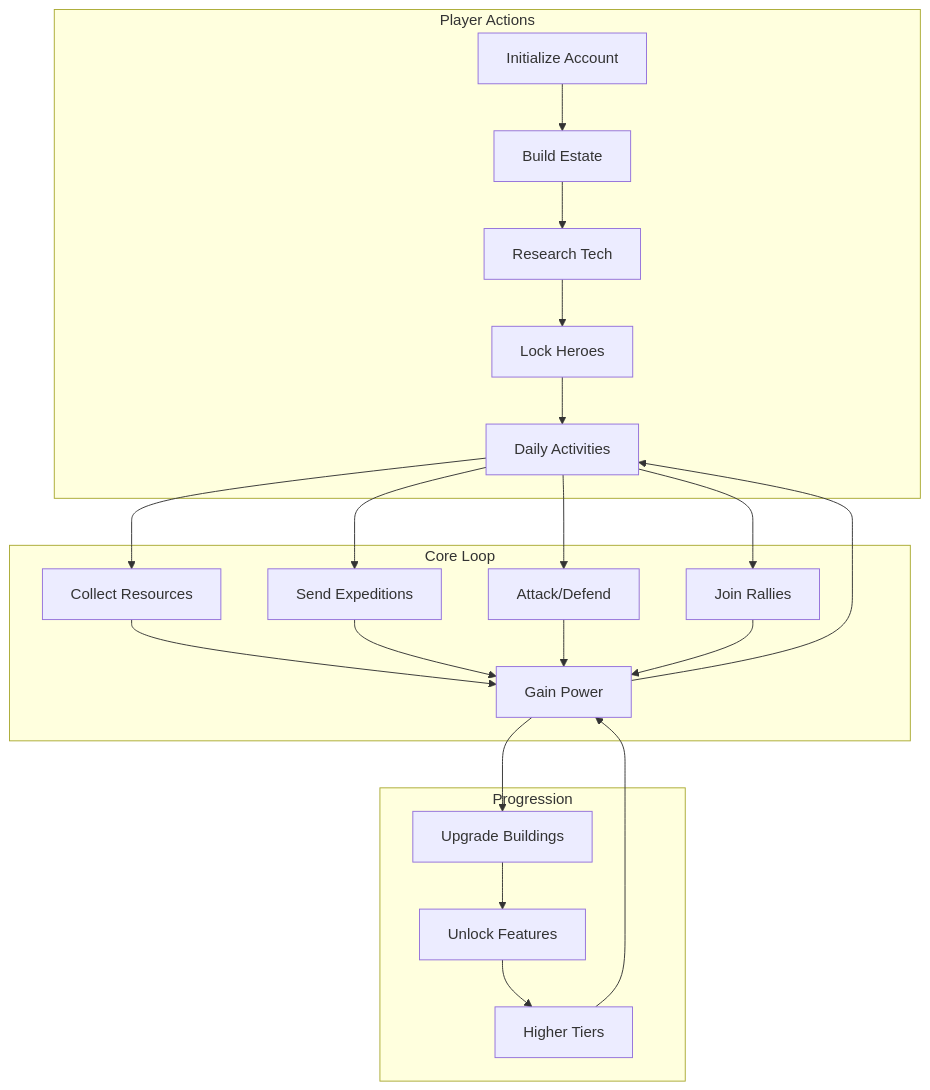
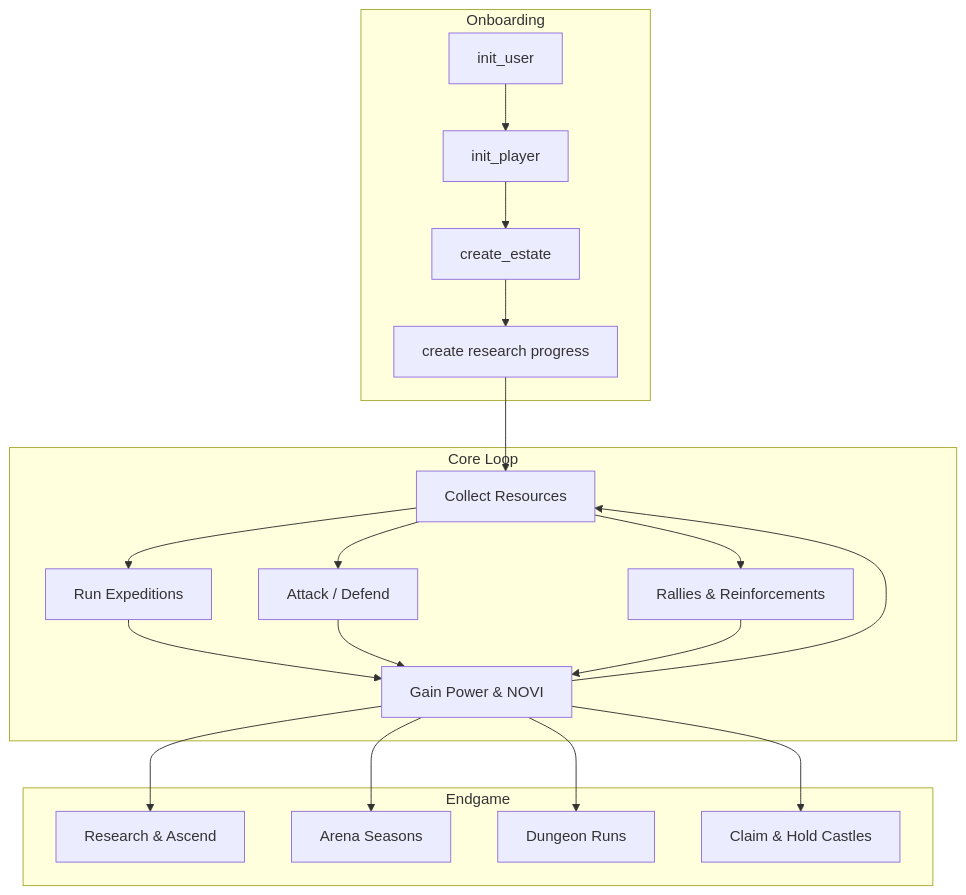
Before and after one commit to crypt0miester/novus-mundus: the first of 5 diagrams in docs/onchain/README.md, drawn with Mermaid. The commit also changed other lines of this file and 259 other files, not shown here.

Commit message:
Add player journey game plan: narrative arc, the Steward, estate redesign and Market unbundling

````diff
--- a/docs/onchain/README.md
+++ b/docs/onchain/README.md
@@ -9,25 +11,24 @@
 ```mermaid
 graph TB
-    subgraph "Player Actions"
-        A[Initialize Account] --> B[Build Estate]
-        B --> C[Research Tech]
-        C --> D[Lock Heroes]
-        D --> E[Daily Activities]
+    subgraph "Onboarding"
+        A[init_user] --> B[init_player]
+        B --> C[create_estate]
+        C --> D[create research progress]
     end
 
     subgraph "Core Loop"
-        E --> F[Collect Resources]
-        E --> G[Send Expeditions]
-        E --> H[Attack/Defend]
-        E --> I[Join Rallies]
-        F & G & H & I --> J[Gain Power]
-        J --> E
+        D --> E[Collect Resources]
+        E --> F[Run Expeditions]
+        E --> G[Attack / Defend]
+        E --> H[Rallies & Reinforcements]
+        F & G & H --> I[Gain Power & NOVI]
+        I --> E
     end
 
-    subgraph "Progression"
-        J --> K[Upgrade Buildings]
-        K --> L[Unlock Features]
-        L --> M[Higher Tiers]
-        M --> J
+    subgraph "Endgame"
+        I --> J[Research & Ascend]
+        I --> K[Arena Seasons]
+        I --> L[Dungeon Runs]
+        I --> M[Claim & Hold Castles]
     end
 ```
````
